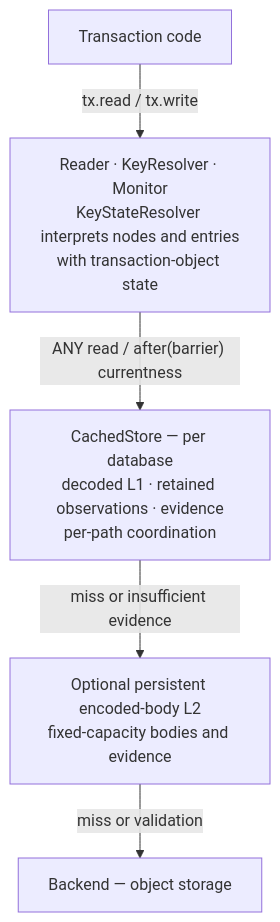
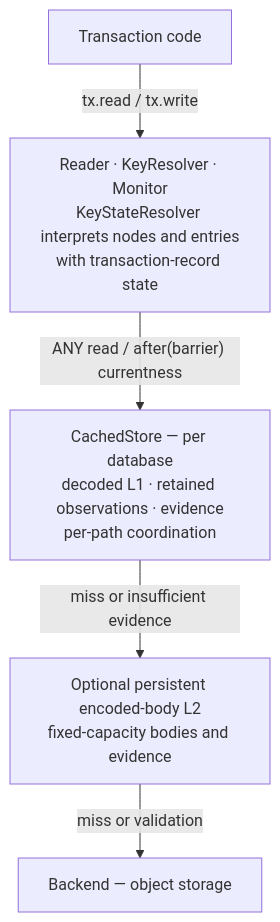
Before and after one commit to mbrt/glassdb-rs: the second of 3 diagrams in docs/architecture.md, drawn with Mermaid. The commit also changed other lines of this file and 167 other files, not shown here.

````diff
--- a/docs/architecture.md
+++ b/docs/architecture.md
@@ -859,13 +862,13 @@
 ```mermaid
 flowchart TD
   Tx["Transaction code"]
-  Access["Reader · KeyResolver · Monitor<br/>KeyStateResolver interprets nodes and entries<br/>with transaction-object state"]
+  Access["Reader · KeyResolver · Monitor<br/>KeyStateResolver interprets nodes and entries<br/>with transaction-record state"]
   L1["CachedStore — per database<br/>decoded L1 · retained observations · evidence<br/>per-path coordination"]
   L2["Optional persistent encoded-body L2<br/>fixed-capacity bodies and evidence"]
   Backend["Backend — object storage"]
 
   Tx -->|"tx.read / tx.write"| Access
   Access -->|"ANY read / after(barrier) currentness"| L1
   L1 -->|"miss or insufficient evidence"| L2
   L2 -->|"miss or validation"| Backend
 ```
````
